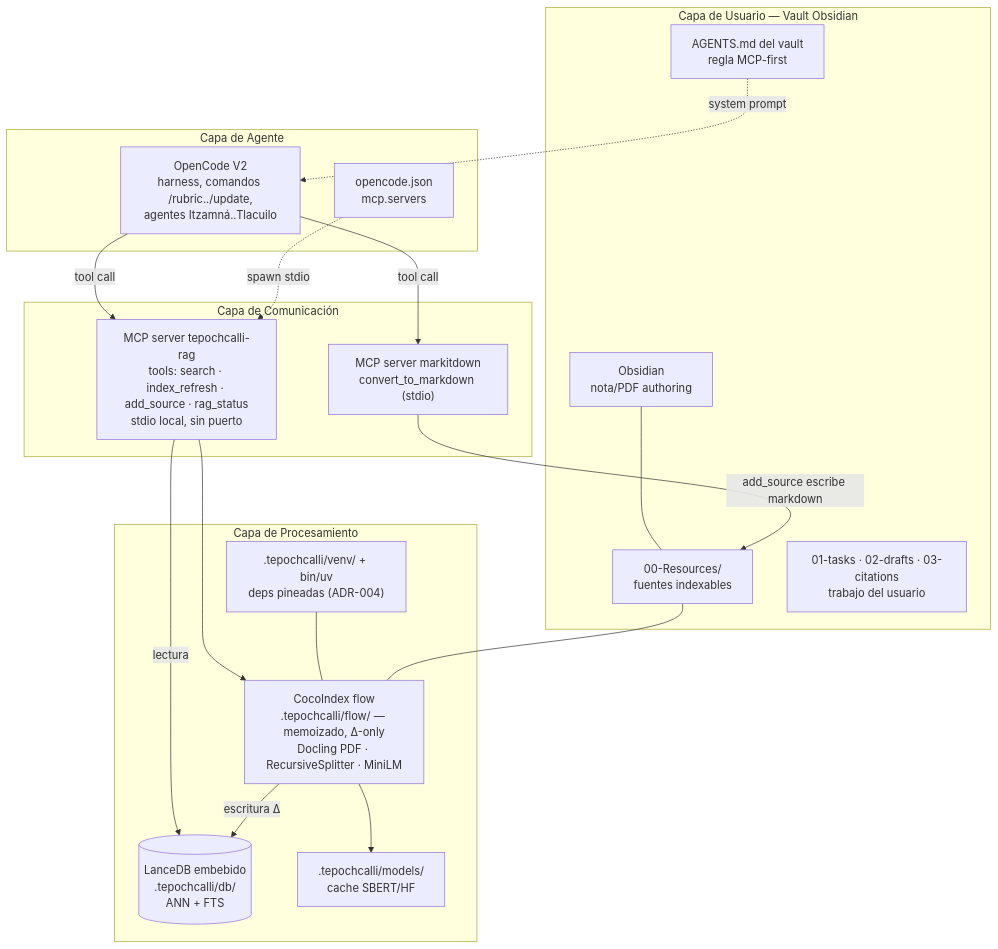
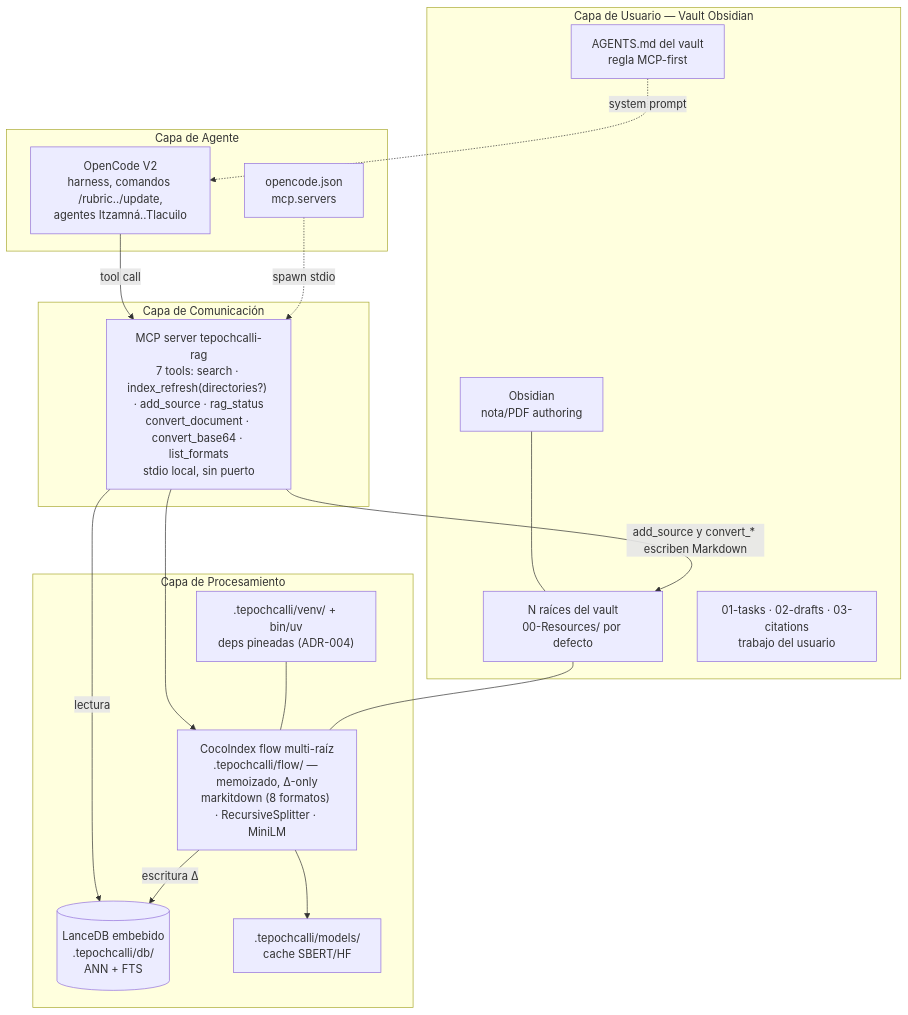
The first of 5 diagrams in docs/ARCHITECTURE.md (Fisherk2/tepochcalli-opencode), drawn with Mermaid before and after one commit. The commit also changed other lines of this file and 12 other files, not shown here.

````diff
--- a/docs/ARCHITECTURE.md
+++ b/docs/ARCHITECTURE.md
@@ -17,39 +17,37 @@
 ```mermaid
 graph TB
     subgraph USUARIO["Capa de Usuario — Vault Obsidian"]
         OB["Obsidian<br/>nota/PDF authoring"]
-        RES["00-Resources/<br/>fuentes indexables"]
+        RES["N raíces del vault<br/>00-Resources/ por defecto"]
         WORK["01-tasks · 02-drafts · 03-citations<br/>trabajo del usuario"]
         VAG["AGENTS.md del vault<br/>regla MCP-first"]
     end
 
     subgraph AGENTE["Capa de Agente"]
         OC["OpenCode V2<br/>harness, comandos /rubric../update,<br/>agentes Itzamná..Tlacuilo"]
         CFG["opencode.json<br/>mcp.servers"]
     end
 
     subgraph MCP["Capa de Comunicación"]
-        RAG["MCP server tepochcalli-rag<br/>tools: search · index_refresh · add_source · rag_status<br/>stdio local, sin puerto"]
-        MD["MCP server markitdown<br/>convert_to_markdown (stdio)"]
+        RAG["MCP server tepochcalli-rag<br/>7 tools: search · index_refresh(directories?) · add_source · rag_status<br/>convert_document · convert_base64 · list_formats<br/>stdio local, sin puerto"]
     end
 
     subgraph ENGINE["Capa de Procesamiento"]
-        FLOW["CocoIndex flow<br/>.tepochcalli/flow/ — memoizado, Δ-only<br/>Docling PDF · RecursiveSplitter · MiniLM"]
+        FLOW["CocoIndex flow multi-raíz<br/>.tepochcalli/flow/ — memoizado, Δ-only<br/>markitdown (8 formatos) · RecursiveSplitter · MiniLM"]
         DB[("LanceDB embebido<br/>.tepochcalli/db/<br/>ANN + FTS")]
         MODELS[".tepochcalli/models/<br/>cache SBERT/HF"]
         VENV[".tepochcalli/venv/ + bin/uv<br/>deps pineadas (ADR-004)"]
     end
 
     OB --- RES
     OC -->|tool call| RAG
-    OC -->|tool call| MD
     RAG --> FLOW
     RAG -->|lectura| DB
     FLOW -->|escritura Δ| DB
     FLOW --> MODELS
-    MD -->|add_source escribe markdown| RES
+    RAG -->|add_source y convert_* escriben Markdown| RES
     VAG -.->|system prompt| OC
     CFG -.->|spawn stdio| RAG
     VENV --- FLOW
     RES --- FLOW
 ```
````
